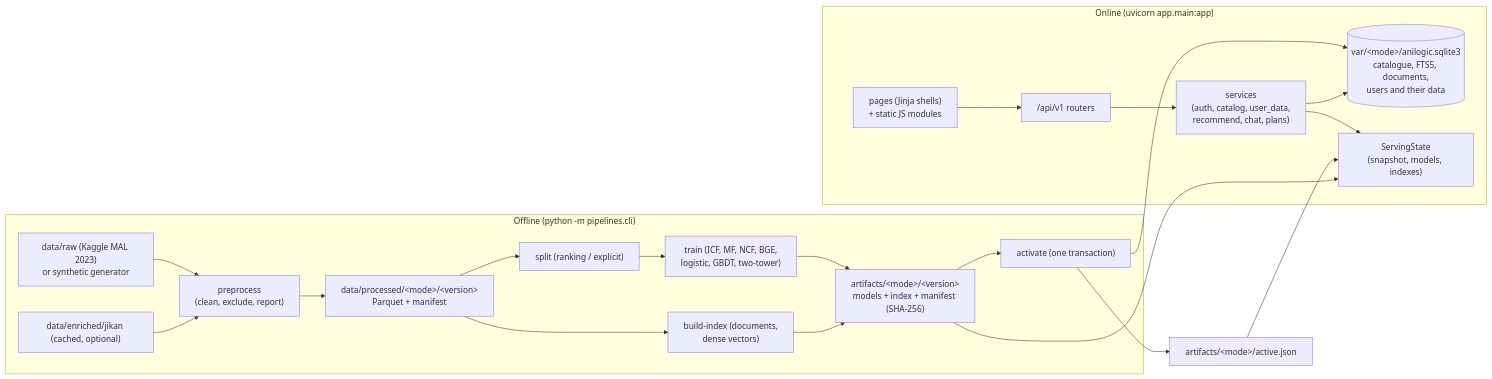
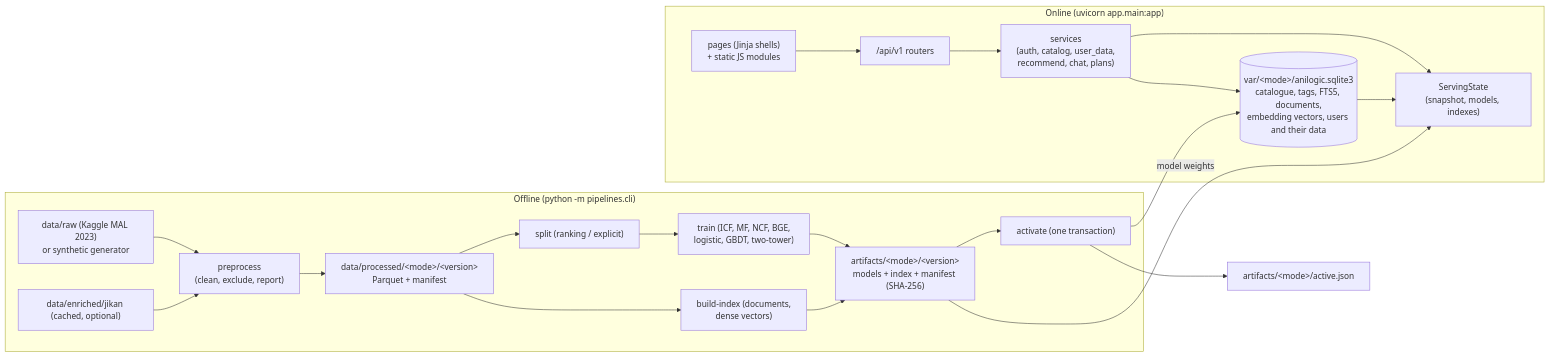
The diagram in docs/architecture.md (gaoxinghe1024/IRS_practice-module), drawn with Mermaid before and after one commit. The commit also changed other lines of this file and 13 other files, not shown here.

First line of the commit message:
Serve catalogue, documents and embedding vectors from SQLite

````diff
--- a/docs/architecture.md
+++ b/docs/architecture.md
@@ -8,24 +9,24 @@
 ```mermaid
 flowchart LR
   subgraph offline["Offline (python -m pipelines.cli)"]
     raw["data/raw (Kaggle MAL 2023)\nor synthetic generator"] --> pre["preprocess\n(clean, exclude, report)"]
     jik["data/enriched/jikan (cached, optional)"] --> pre
     pre --> proc["data/processed/&lt;mode&gt;/&lt;version&gt;\nParquet + manifest"]
     proc --> split["split (ranking / explicit)"]
     split --> fit["train (ICF, MF, NCF, BGE,\nlogistic, GBDT, two-tower)"]
     proc --> idx["build-index (documents,\ndense vectors)"]
     fit --> art["artifacts/&lt;mode&gt;/&lt;version&gt;\nmodels + index + manifest (SHA-256)"]
     idx --> art
     art --> act["activate (one transaction)"]
   end
-  act --> db[("var/&lt;mode&gt;/anilogic.sqlite3\ncatalogue, FTS5, documents,\nusers and their data")]
+  act --> db[("var/&lt;mode&gt;/anilogic.sqlite3\ncatalogue, tags, FTS5, documents,\nembedding vectors, users and their data")]
   act --> ptr["artifacts/&lt;mode&gt;/active.json"]
   subgraph online["Online (uvicorn app.main:app)"]
     web["pages (Jinja shells)\n+ static JS modules"] --> api["/api/v1 routers"]
     api --> svc["services\n(auth, catalog, user_data,\nrecommend, chat, plans)"]
     svc --> st["ServingState\n(snapshot, models, indexes)"]
     svc --> db
   end
-  ptr --> st
-  art --> st
+  db --> st
+  art -- "model weights" --> st
 ```
````
